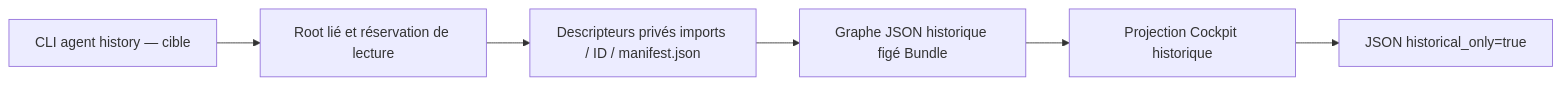
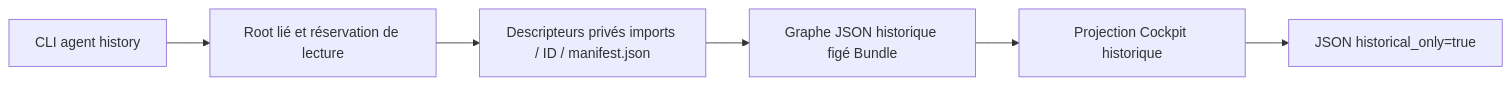
The diagram in docs/architecture/NATIVE-AGENT-HISTORY.md (mo0ogly/swarm), drawn with Mermaid before and after one commit. The commit also changed other lines of this file and 12 other files, not shown here.

Commit message:
feat(cli): connect imported agent history in Rust

````diff
--- a/docs/architecture/NATIVE-AGENT-HISTORY.md
+++ b/docs/architecture/NATIVE-AGENT-HISTORY.md
@@ -13,8 +15,8 @@
 ```mermaid
 flowchart LR
-    CLI[CLI agent history — cible] --> R[Root lié et réservation de lecture]
+    CLI[CLI agent history] --> R[Root lié et réservation de lecture]
     R --> F[Descripteurs privés imports / ID / manifest.json]
     F --> G[Graphe JSON historique figé Bundle]
     G --> H[Projection Cockpit historique]
     H --> J[JSON historical_only=true]
 ```
````
